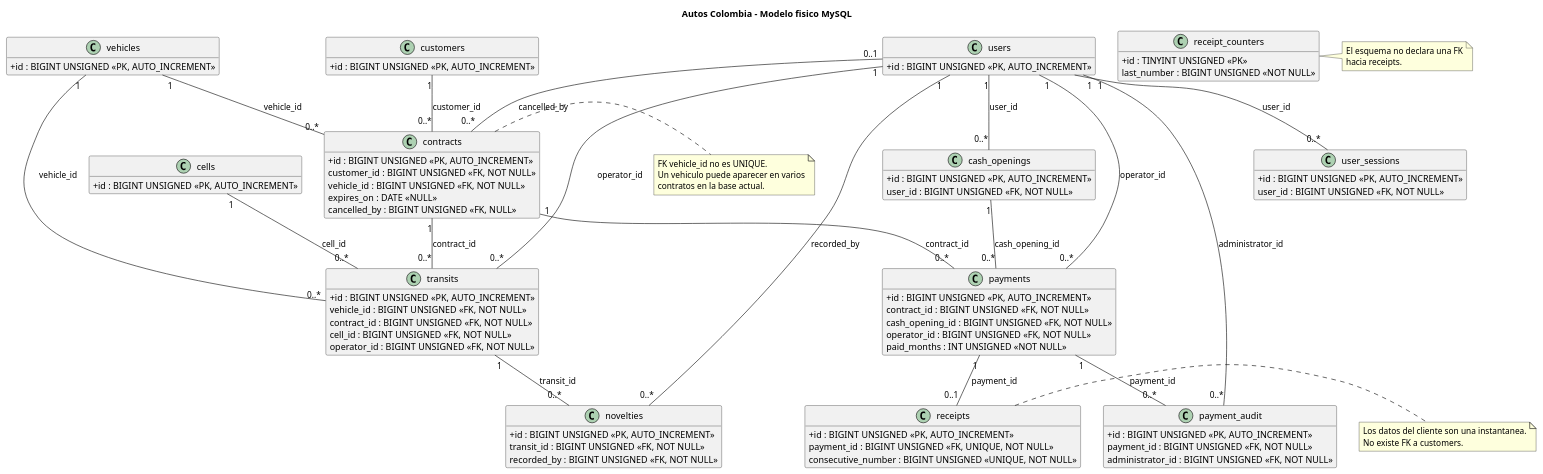
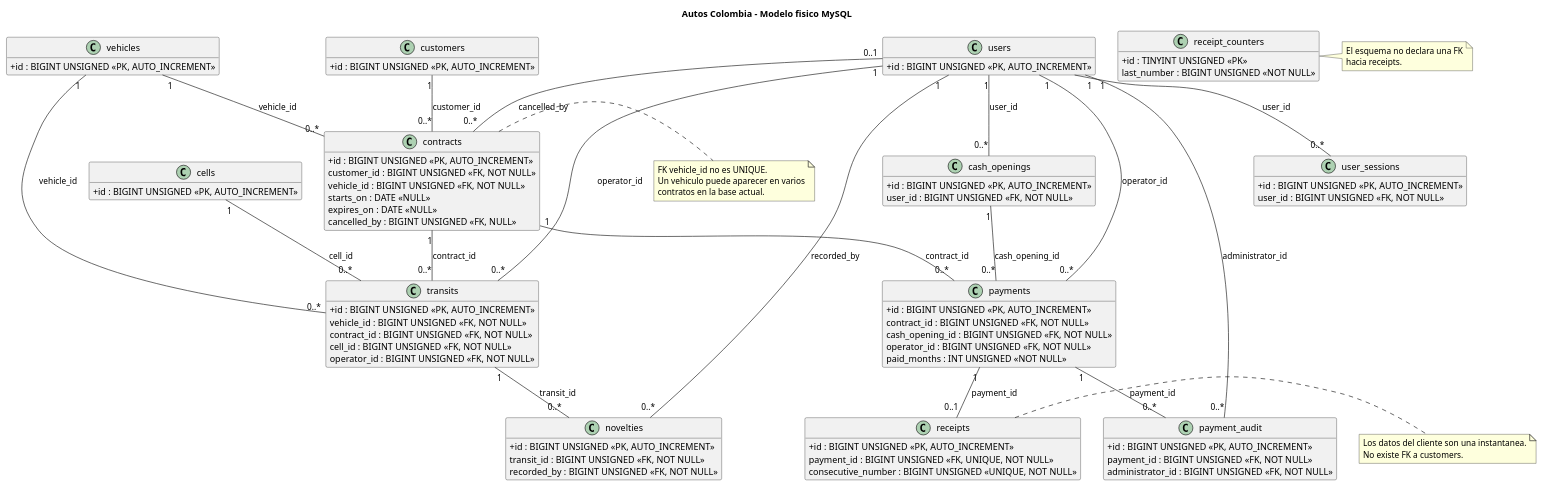
One commit to 1J3G/parqueadero-colombia changed the third of 3 diagrams in docs/modelos-de-datos.puml. Above: the diagram before and after it, drawn with PlantUML. The commit also changed other lines of this file and 34 other files, not shown here.

Commit message:
feat: sequence contract renewal periods

```diff
--- a/docs/modelos-de-datos.puml
+++ b/docs/modelos-de-datos.puml
@@ -200,159 +204,160 @@
 @startuml Modelo fisico MySQL
 title Autos Colombia - Modelo fisico MySQL
 hide methods
 skinparam classAttributeIconSize 0
 
 class "users" as db_users {
   +id : BIGINT UNSIGNED <<PK, AUTO_INCREMENT>>
   document : VARCHAR(30) <<UNIQUE, NOT NULL>>
   password_hash : VARCHAR(255) <<NOT NULL>>
   role : ENUM('Operario','Administrador') <<NOT NULL>>
   created_at : DATETIME(6) <<NOT NULL>>
 }
 
 class "user_sessions" as db_sessions {
   +id : BIGINT UNSIGNED <<PK, AUTO_INCREMENT>>
   user_id : BIGINT UNSIGNED <<FK, NOT NULL>>
   token_hash : CHAR(64) <<UNIQUE, NOT NULL>>
   created_at : DATETIME(6) <<NOT NULL>>
   revoked_at : DATETIME(6) <<NULL>>
 }
 
 class "customers" as db_customers {
   +id : BIGINT UNSIGNED <<PK, AUTO_INCREMENT>>
   document_type : ENUM('CC','CE','NIT') <<NOT NULL>>
   document : VARCHAR(30) <<UNIQUE, NOT NULL>>
   full_name : VARCHAR(160) <<NOT NULL>>
   created_at : DATETIME(6) <<NOT NULL>>
 }
 
 class "vehicles" as db_vehicles {
   +id : BIGINT UNSIGNED <<PK, AUTO_INCREMENT>>
   plate : VARCHAR(6) <<UNIQUE, NOT NULL>>
   vehicle_type : ENUM('Carro','Moto','Camioneta') <<NOT NULL>>
   created_at : DATETIME(6) <<NOT NULL>>
 }
 
 class "contracts" as db_contracts {
   +id : BIGINT UNSIGNED <<PK, AUTO_INCREMENT>>
   customer_id : BIGINT UNSIGNED <<FK, NOT NULL>>
   vehicle_id : BIGINT UNSIGNED <<FK, NOT NULL>>
   status : ENUM('Pendiente de Pago','Activo','Vencido','Cancelado') <<NOT NULL>>
+  starts_on : DATE <<NULL>>
   expires_on : DATE <<NULL>>
   cancelled_by : BIGINT UNSIGNED <<FK, NULL>>
   cancellation_justification : VARCHAR(1000) <<NULL>>
   cancelled_at : DATETIME(6) <<NULL>>
   created_at : DATETIME(6) <<NOT NULL>>
 }
 
 class "cells" as db_cells {
   +id : BIGINT UNSIGNED <<PK, AUTO_INCREMENT>>
   label : VARCHAR(30) <<UNIQUE, NOT NULL>>
   category : ENUM('Carro','Moto','Camioneta','Discapacitado') <<NOT NULL>>
   status : ENUM('Libre','Ocupado','En mantenimiento') <<NOT NULL>>
 }
 
 class "cash_openings" as db_cash {
   +id : BIGINT UNSIGNED <<PK, AUTO_INCREMENT>>
   user_id : BIGINT UNSIGNED <<FK, NOT NULL>>
   base_amount : DECIMAL(12,2) <<NOT NULL>>
   opened_at : DATETIME(6) <<NOT NULL>>
   closed_at : DATETIME(6) <<NULL>>
 }
 
 class "transits" as db_transits {
   +id : BIGINT UNSIGNED <<PK, AUTO_INCREMENT>>
   vehicle_id : BIGINT UNSIGNED <<FK, NOT NULL>>
   contract_id : BIGINT UNSIGNED <<FK, NOT NULL>>
   cell_id : BIGINT UNSIGNED <<FK, NOT NULL>>
   operator_id : BIGINT UNSIGNED <<FK, NOT NULL>>
   direction : ENUM('Entrada','Salida') <<NOT NULL>>
   occurred_at : DATETIME(6) <<NOT NULL>>
 }
 
 class "novelties" as db_novelties {
   +id : BIGINT UNSIGNED <<PK, AUTO_INCREMENT>>
   transit_id : BIGINT UNSIGNED <<FK, NOT NULL>>
   novelty_type : ENUM('Daño físico','Acceso excepcional') <<NOT NULL>>
   damage_type : ENUM('Golpe','Rayón','Falla') <<NULL>>
   description : VARCHAR(1000) <<NOT NULL>>
   severity : ENUM('Leve','Moderada','Grave') <<NULL>>
   recorded_by : BIGINT UNSIGNED <<FK, NOT NULL>>
   created_at : DATETIME(6) <<NOT NULL>>
 }
 
 class "payments" as db_payments {
   +id : BIGINT UNSIGNED <<PK, AUTO_INCREMENT>>
   contract_id : BIGINT UNSIGNED <<FK, NOT NULL>>
   cash_opening_id : BIGINT UNSIGNED <<FK, NOT NULL>>
   operator_id : BIGINT UNSIGNED <<FK, NOT NULL>>
   net_amount : DECIMAL(12,2) <<NOT NULL>>
   tax_amount : DECIMAL(12,2) <<NOT NULL>>
   total_amount : DECIMAL(12,2) <<NOT NULL>>
   paid_months : INT UNSIGNED <<NOT NULL>>
   payment_method : ENUM('Efectivo','Transferencia Bancaria','Tarjeta Crédito/Débito') <<NOT NULL>>
   reference_code : VARCHAR(120) <<NULL>>
   status : ENUM('Registrado','Anulado') <<NOT NULL>>
   created_at : DATETIME(6) <<NOT NULL>>
 }
 
 class "receipt_counters" as db_counters {
   +id : TINYINT UNSIGNED <<PK>>
   last_number : BIGINT UNSIGNED <<NOT NULL>>
 }
 
 class "receipts" as db_receipts {
   +id : BIGINT UNSIGNED <<PK, AUTO_INCREMENT>>
   payment_id : BIGINT UNSIGNED <<FK, UNIQUE, NOT NULL>>
   consecutive_number : BIGINT UNSIGNED <<UNIQUE, NOT NULL>>
   customer_document_type : ENUM('CC','CE','NIT') <<NOT NULL>>
   customer_document : VARCHAR(30) <<NOT NULL>>
   customer_full_name : VARCHAR(160) <<NOT NULL>>
   net_amount : DECIMAL(12,2) <<NOT NULL>>
   tax_amount : DECIMAL(12,2) <<NOT NULL>>
   total_amount : DECIMAL(12,2) <<NOT NULL>>
   issued_at : DATETIME(6) <<NOT NULL>>
 }
 
 class "payment_audit" as db_audit {
   +id : BIGINT UNSIGNED <<PK, AUTO_INCREMENT>>
   payment_id : BIGINT UNSIGNED <<FK, NOT NULL>>
   administrator_id : BIGINT UNSIGNED <<FK, NOT NULL>>
   justification : VARCHAR(1000) <<NOT NULL>>
   created_at : DATETIME(6) <<NOT NULL>>
 }
 
 db_users "1" -- "0..*" db_sessions : user_id
 db_customers "1" -- "0..*" db_contracts : customer_id
 db_vehicles "1" -- "0..*" db_contracts : vehicle_id
 db_users "0..1" -- "0..*" db_contracts : cancelled_by
 db_users "1" -- "0..*" db_cash : user_id
 db_vehicles "1" -- "0..*" db_transits : vehicle_id
 db_contracts "1" -- "0..*" db_transits : contract_id
 db_cells "1" -- "0..*" db_transits : cell_id
 db_users "1" -- "0..*" db_transits : operator_id
 db_transits "1" -- "0..*" db_novelties : transit_id
 db_users "1" -- "0..*" db_novelties : recorded_by
 db_contracts "1" -- "0..*" db_payments : contract_id
 db_cash "1" -- "0..*" db_payments : cash_opening_id
 db_users "1" -- "0..*" db_payments : operator_id
 db_payments "1" -- "0..1" db_receipts : payment_id
 db_payments "1" -- "0..*" db_audit : payment_id
 db_users "1" -- "0..*" db_audit : administrator_id
 
 note right of db_contracts
   FK vehicle_id no es UNIQUE.
   Un vehiculo puede aparecer en varios
   contratos en la base actual.
 end note
 
 note right of db_receipts
   Los datos del cliente son una instantanea.
   No existe FK a customers.
 end note
 
 note right of db_counters
   El esquema no declara una FK
   hacia receipts.
 end note
 @enduml
```
